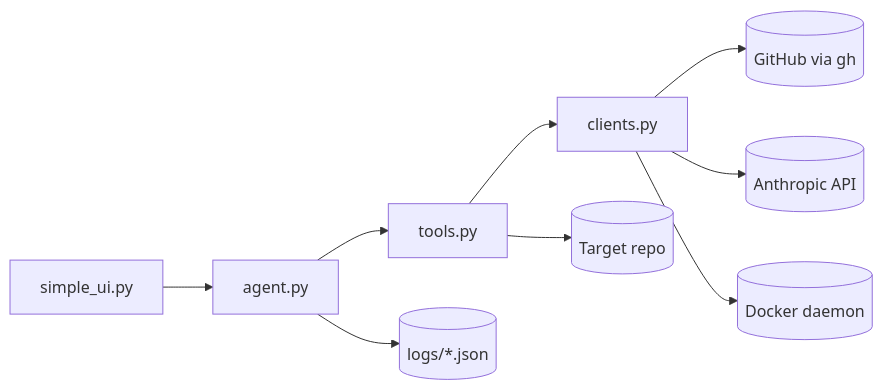
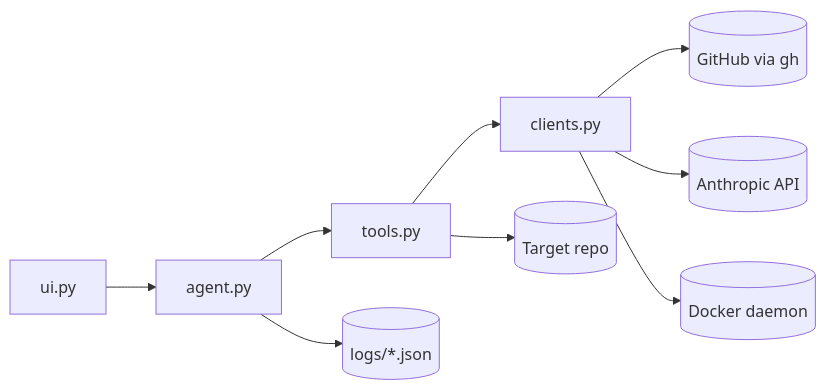
The diagram in README.md (radiusxt/pr-copilot), drawn with Mermaid before and after one commit. The commit also changed other lines of this file and 4 other files, not shown here.

````diff
--- a/README.md
+++ b/README.md
@@ -69,11 +76,11 @@
 ```mermaid
 flowchart LR
-  UI[simple_ui.py] --> Agent[agent.py]
+  UI[ui.py] --> Agent[agent.py]
   Agent --> Tools[tools.py]
   Tools --> Clients[clients.py]
   Clients --> GH[(GitHub via gh)]
   Clients --> LLM[(Anthropic API)]
   Clients --> Docker[(Docker daemon)]
   Agent --> Logs[(logs/*.json)]
   Tools --> Repo[(Target repo)]
 ```
````
